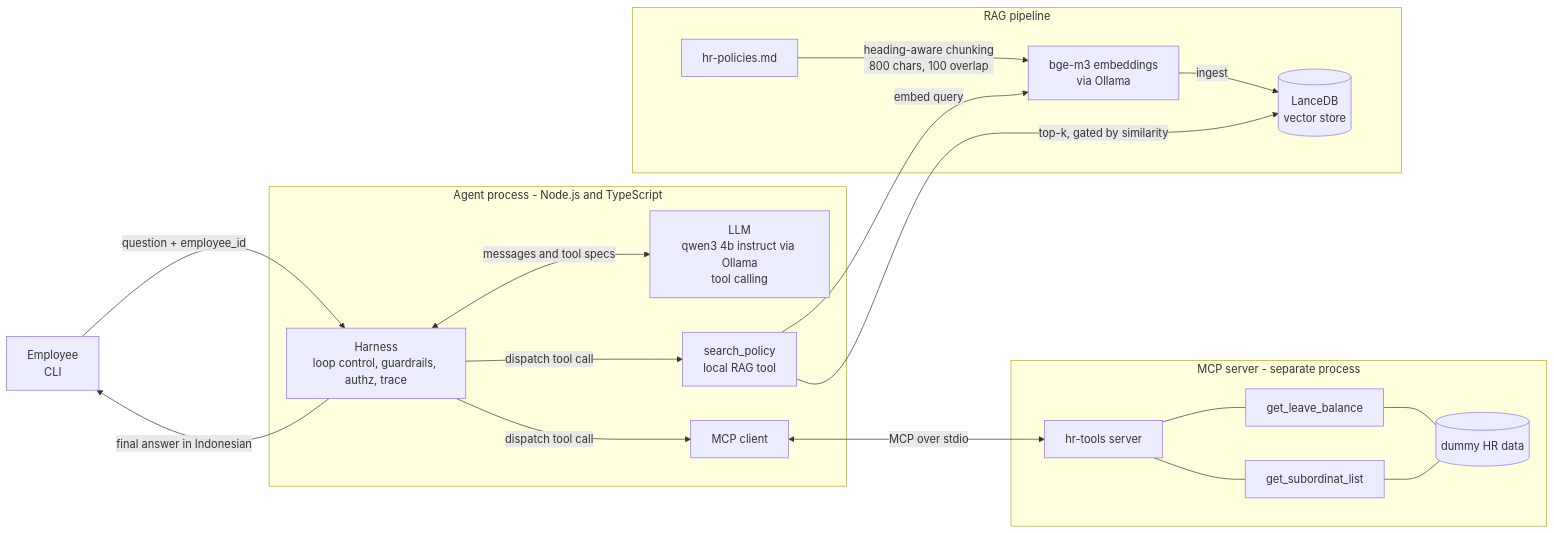
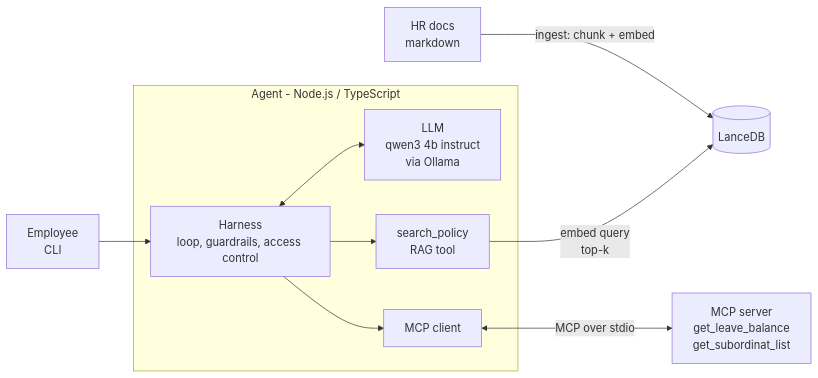
One commit to AP-143/hr-assistant-agent changed the diagram in README.md. Above: the diagram before and after it, drawn with Mermaid. The commit also changed other lines of this file, not shown here.

````diff
--- a/README.md
+++ b/README.md
@@ -62,35 +20,12 @@
 ```mermaid
 flowchart LR
-    U[Employee<br/>CLI] -->|question + employee_id| H
-
-    subgraph AGENT[Agent process - Node.js and TypeScript]
-        H[Harness<br/>loop control, guardrails, authz, trace]
-        L[LLM<br/>qwen3 4b instruct via Ollama<br/>tool calling]
-        S[search_policy<br/>local RAG tool]
-        C[MCP client]
-        H <-->|messages and tool specs| L
-        H -->|dispatch tool call| S
-        H -->|dispatch tool call| C
+    U[Employee<br/>CLI] --> H
+    subgraph AGENT[Agent - Node.js / TypeScript]
+        H[Harness<br/>loop, guardrails, access control] <--> L[LLM<br/>qwen3 4b instruct<br/>via Ollama]
+        H --> S[search_policy<br/>RAG tool]
+        H --> C[MCP client]
     end
-
-    subgraph RAG[RAG pipeline]
-        E[bge-m3 embeddings<br/>via Ollama]
-        V[(LanceDB<br/>vector store)]
-        D[hr-policies.md] -->|heading-aware chunking<br/>800 chars, 100 overlap| E
-        E -->|ingest| V
-        S -->|embed query| E
-        S -->|top-k, gated by similarity| V
-    end
-
-    C <-->|MCP over stdio| M
-
-    subgraph MCPS[MCP server - separate process]
-        M[hr-tools server]
-        M --- T1[get_leave_balance]
-        M --- T2[get_subordinat_list]
-        T1 --- DB[(dummy HR data)]
-        T2 --- DB
-    end
-
-    H -->|final answer in Indonesian| U
+    D[HR docs<br/>markdown] -->|ingest: chunk + embed| V[(LanceDB)]
+    S -->|embed query<br/>top-k| V
+    C <-->|MCP over stdio| M[MCP server<br/>get_leave_balance<br/>get_subordinat_list]
 ```
````
